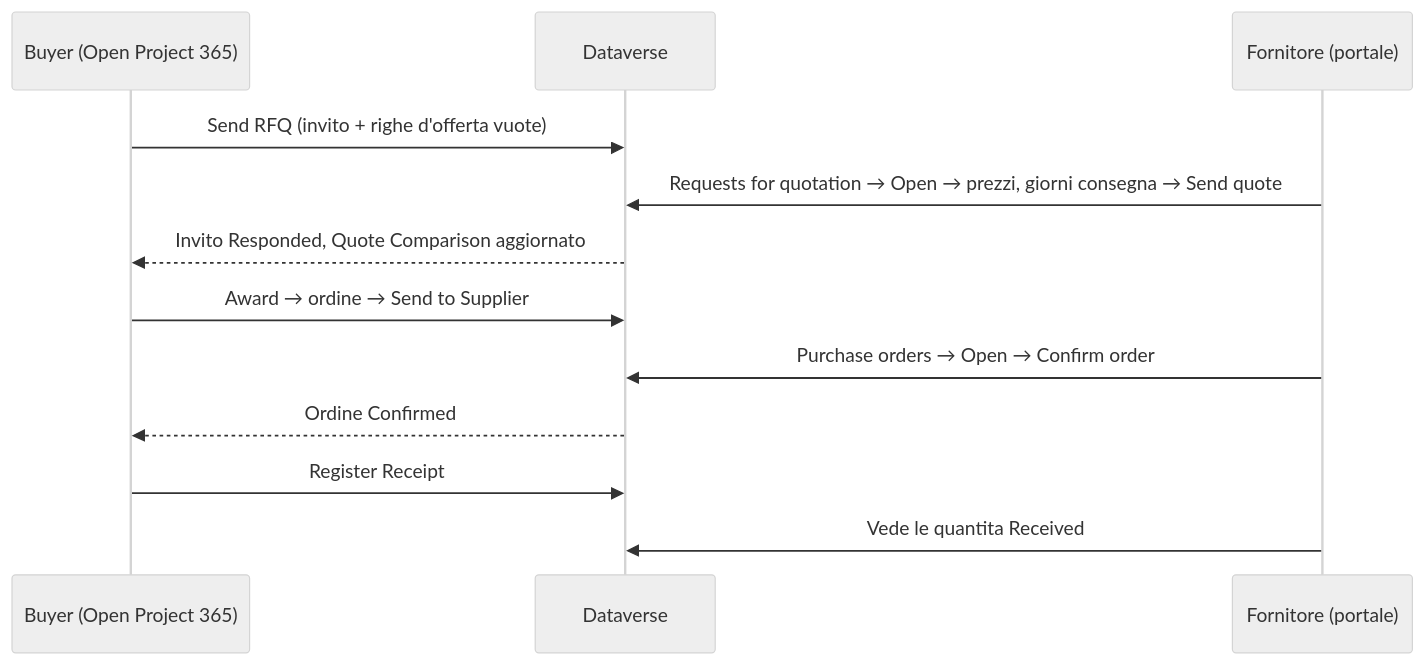
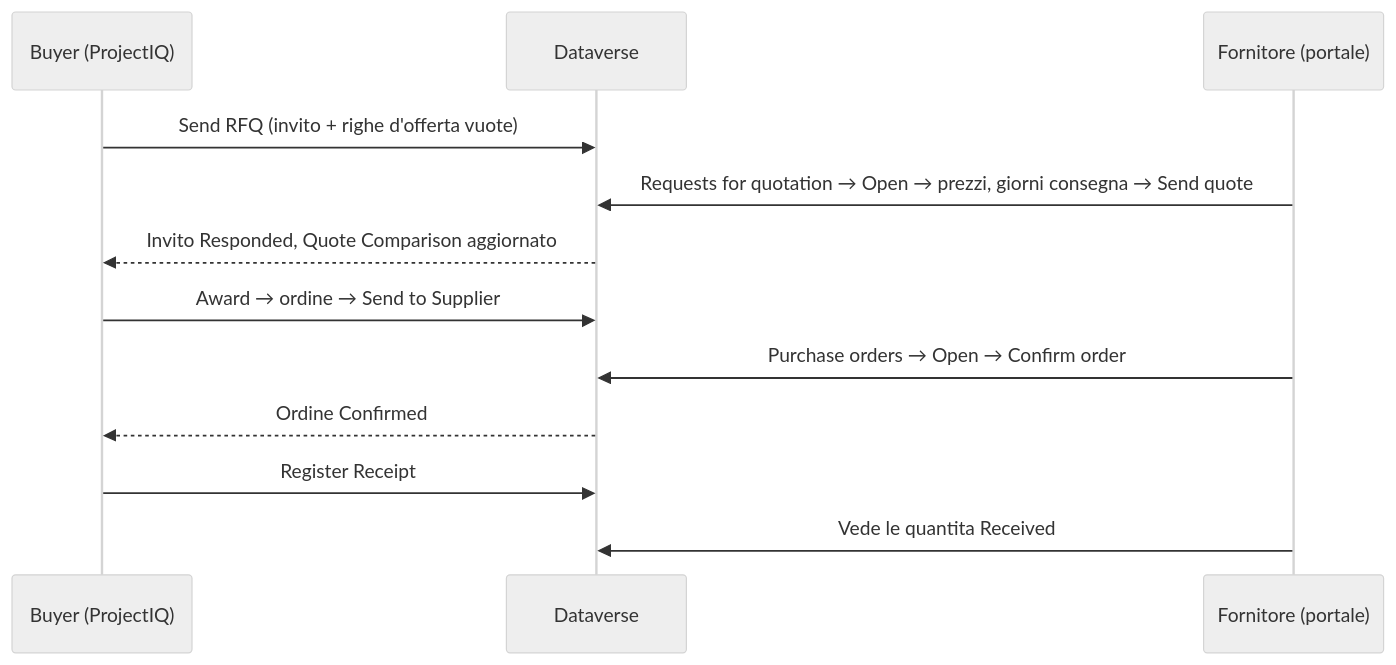
Before and after one commit to Power-Builders-Italia/ProjectIQ: the diagram in docs/it/supplier-portal.md, drawn with Mermaid (neutral theme). The commit also changed other lines of this file and 84 other files, not shown here.

First line of the commit message:
Rebrand product from Open Project 365 to ProjectIQ (#52)

````diff
--- a/docs/it/supplier-portal.md
+++ b/docs/it/supplier-portal.md
@@ -18,14 +18,14 @@
 ```mermaid
 sequenceDiagram
-    participant B as Buyer (Open Project 365)
+    participant B as Buyer (ProjectIQ)
     participant DV as Dataverse
     participant S as Fornitore (portale)
     B->>DV: Send RFQ (invito + righe d'offerta vuote)
     S->>DV: Requests for quotation → Open → prezzi, giorni consegna → Send quote
     DV-->>B: Invito Responded, Quote Comparison aggiornato
     B->>DV: Award → ordine → Send to Supplier
     S->>DV: Purchase orders → Open → Confirm order
     DV-->>B: Ordine Confirmed
     B->>DV: Register Receipt
     S->>DV: Vede le quantita Received
 ```
````
